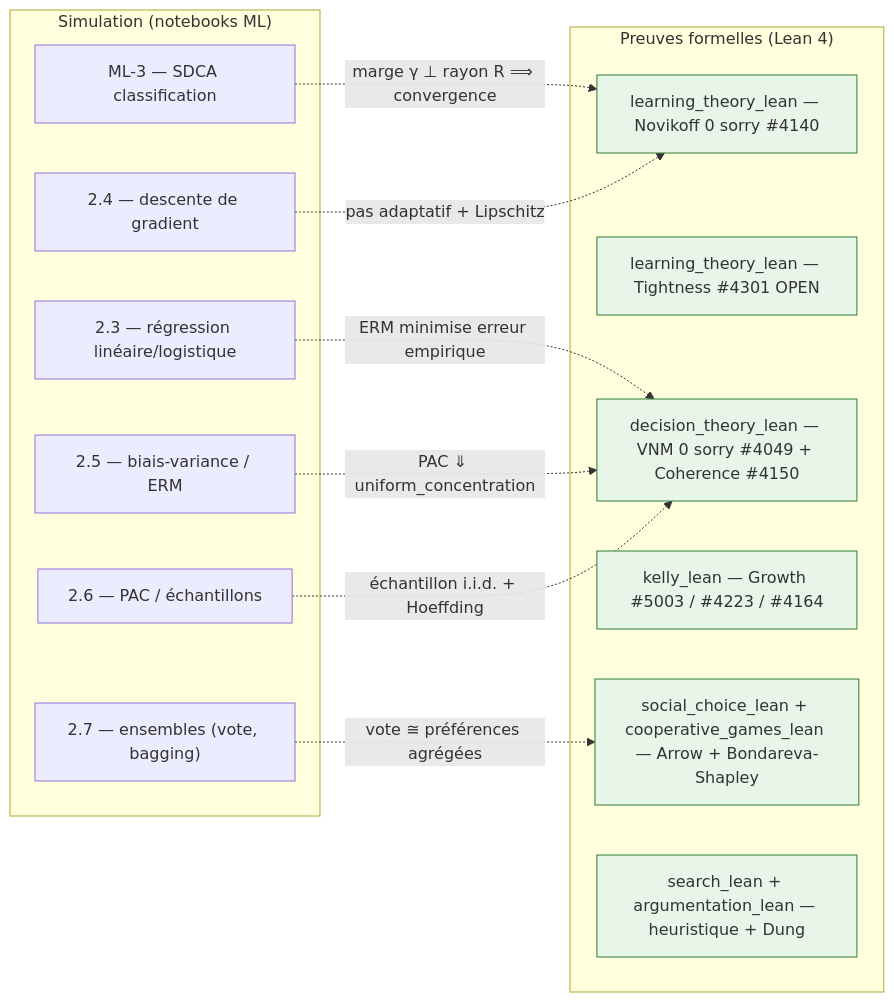
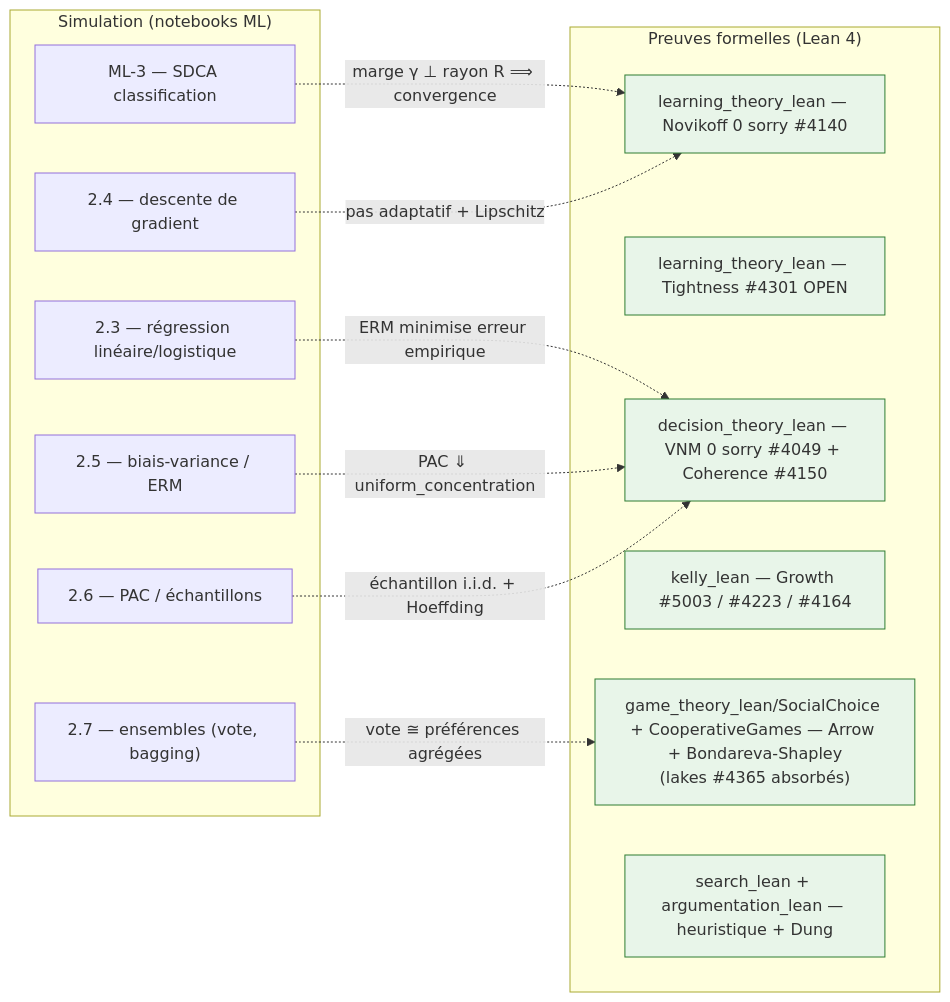
One commit to jsboige/CoursIA changed the diagram in MyIA.AI.Notebooks/ML/README.md. Above: the diagram before and after it, drawn with Mermaid. The commit also changed other lines of this file and 2 other files, not shown here.

````diff
--- a/MyIA.AI.Notebooks/ML/README.md
+++ b/MyIA.AI.Notebooks/ML/README.md
@@ -299,31 +299,31 @@
 ```mermaid
 flowchart LR
     subgraph SIM["Simulation (notebooks ML)"]
         NB1["ML-3 — SDCA classification"]
         NB2["2.3 — régression linéaire/logistique"]
         NB3["2.4 — descente de gradient"]
         NB4["2.5 — biais-variance / ERM"]
         NB5["2.7 — ensembles (vote, bagging)"]
         NB6["2.6 — PAC / échantillons"]
     end
     subgraph LEAN["Preuves formelles (Lean 4)"]
         L1["learning_theory_lean — Novikoff 0 sorry #4140"]
         L2["learning_theory_lean — Tightness #4301 OPEN"]
         L3["decision_theory_lean — VNM 0 sorry #4049 + Coherence #4150"]
         L4["kelly_lean — Growth #5003 / #4223 / #4164"]
-        L5["social_choice_lean + cooperative_games_lean — Arrow + Bondareva-Shapley"]
+        L5["game_theory_lean/SocialChoice + CooperativeGames — Arrow + Bondareva-Shapley<br/>(lakes #4365 absorbés)"]
         L6["search_lean + argumentation_lean — heuristique + Dung"]
     end
     NB1 -. "marge γ ⊥ rayon R ⟹ convergence" .-> L1
     NB2 -. "ERM minimise erreur empirique" .-> L3
     NB3 -. "pas adaptatif + Lipschitz" .-> L1
     NB4 -. "PAC ⇓ uniform_concentration" .-> L3
     NB5 -. "vote ≅ préférences agrégées" .-> L5
     NB6 -. "échantillon i.i.d. + Hoeffding" .-> L3
     style L1 fill:#e8f5e9,stroke:#2e7d32
     style L2 fill:#e8f5e9,stroke:#2e7d32
     style L3 fill:#e8f5e9,stroke:#2e7d32
     style L4 fill:#e8f5e9,stroke:#2e7d32
     style L5 fill:#e8f5e9,stroke:#2e7d32
     style L6 fill:#e8f5e9,stroke:#2e7d32
 ```
````
